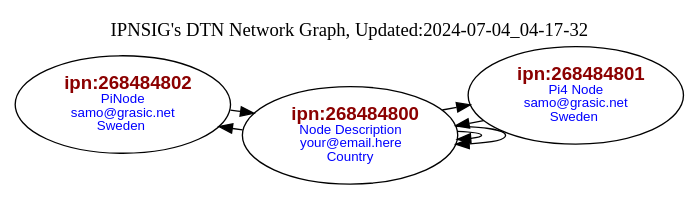
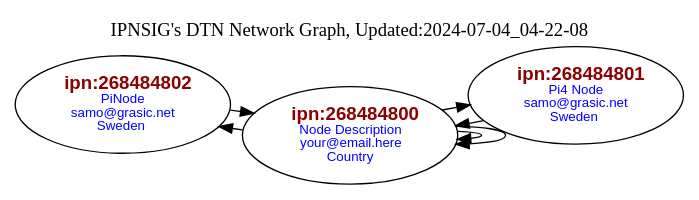
Before and after one commit to samograsic/ion-dtn-dtnex: the diagram in contactGraph.gv, drawn with Graphviz. The commit also changed 2 other files, not shown here.

```diff
--- a/contactGraph.gv
+++ b/contactGraph.gv
@@ -1,11 +1,11 @@
 digraph G { layout=neato; overlap=false;
 "ipn:268484802" [label=< <FONT POINT-SIZE="14" FACE="Arial" COLOR="darkred"><B>ipn:268484802</B></FONT><BR/><FONT POINT-SIZE="10" FACE="Arial" COLOR="blue">PiNode<br/>samo&#64;grasic&#46;net<br/>Sweden </FONT>>];
 "ipn:268484801" [label=< <FONT POINT-SIZE="14" FACE="Arial" COLOR="darkred"><B>ipn:268484801</B></FONT><BR/><FONT POINT-SIZE="10" FACE="Arial" COLOR="blue">Pi4 Node<br/>samo&#64;grasic&#46;net<br/>Sweden </FONT>>];
 "ipn:268484800" [label=< <FONT POINT-SIZE="14" FACE="Arial" COLOR="darkred"><B>ipn:268484800</B></FONT><BR/><FONT POINT-SIZE="10" FACE="Arial" COLOR="blue">Node Description<br/>your&#64;email&#46;here<br/>Country</FONT>>];
 "ipn:268484800" -> "ipn:268484800"
 "ipn:268484800" -> "ipn:268484800"
 "ipn:268484800" -> "ipn:268484801"
 "ipn:268484800" -> "ipn:268484802"
 "ipn:268484801" -> "ipn:268484800"
 "ipn:268484802" -> "ipn:268484800"
-labelloc="t"; label="IPNSIG's DTN Network Graph, Updated:2024-07-04_04-17-32"}
+labelloc="t"; label="IPNSIG's DTN Network Graph, Updated:2024-07-04_04-22-08"}
```
